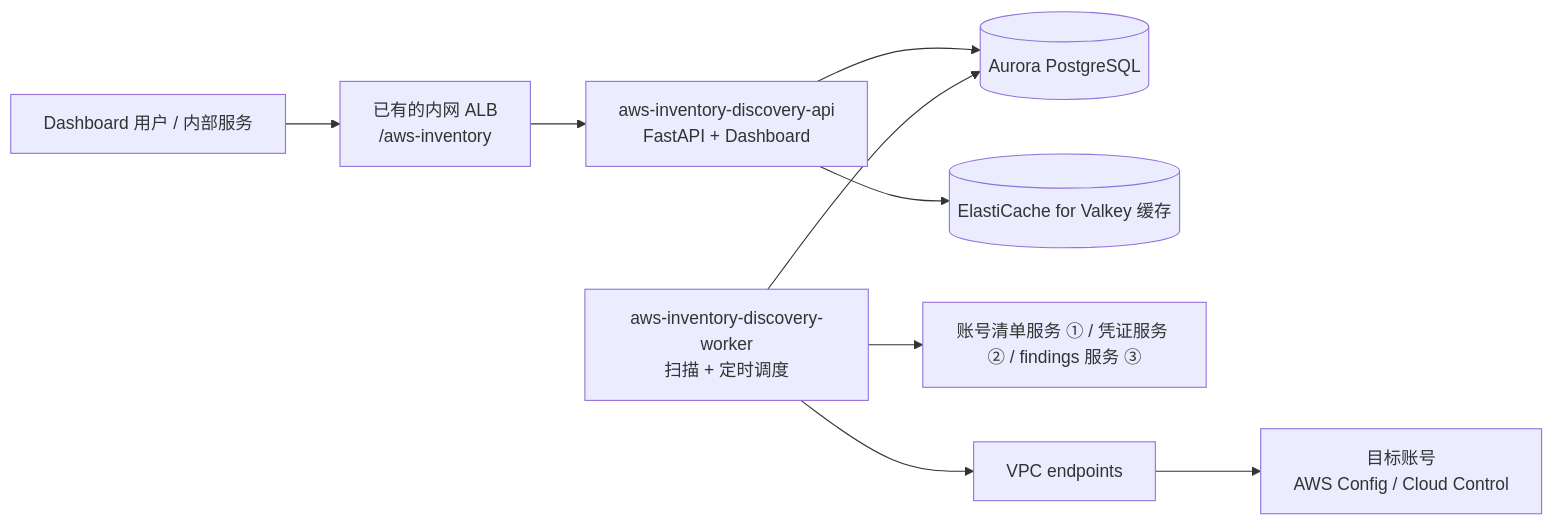
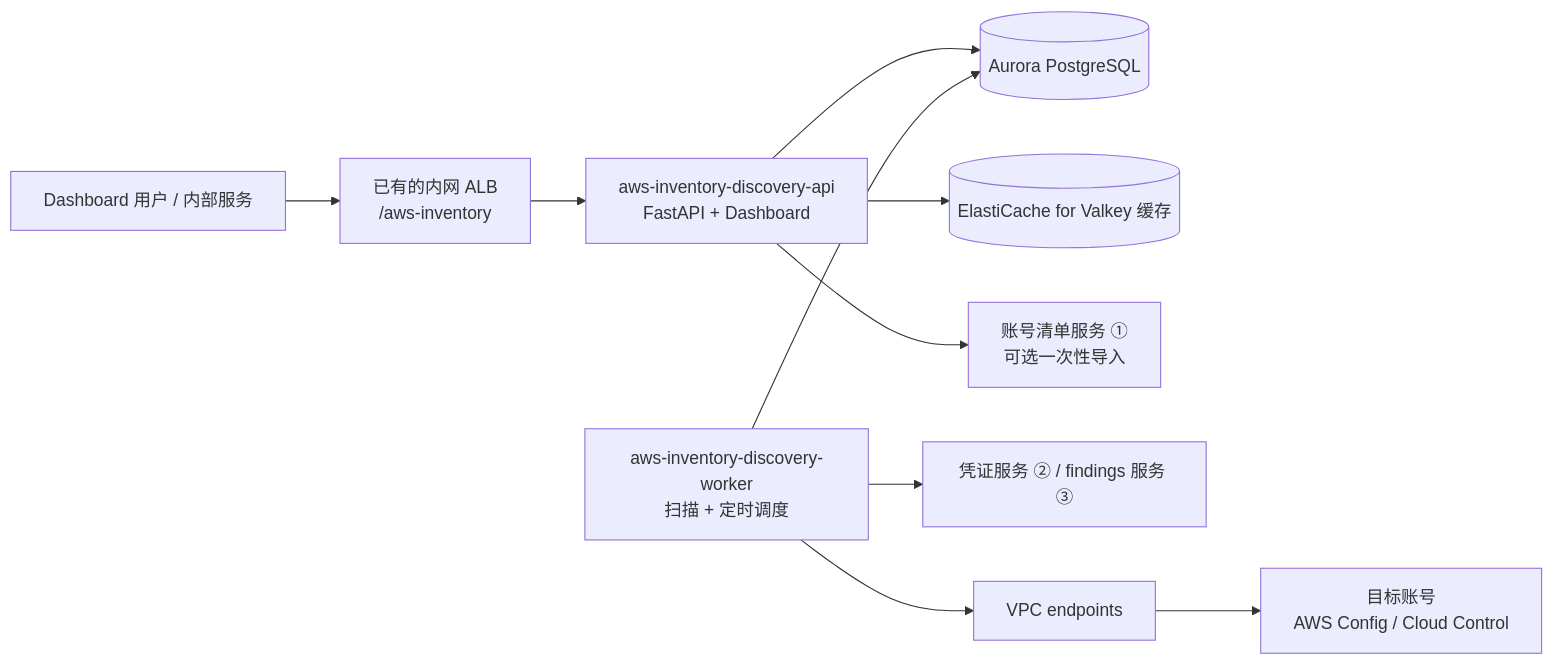
Before and after one commit to ByteChill/aws-inventory-discovery: the diagram in README.md, drawn with Mermaid. The commit also changed other lines of this file and 57 other files, not shown here.

````diff
--- a/README.md
+++ b/README.md
@@ -19,10 +20,11 @@
 ```mermaid
 flowchart LR
   U[Dashboard 用户 / 内部服务] --> ALB[已有的内网 ALB<br/>/aws-inventory]
   ALB --> API[aws-inventory-discovery-api<br/>FastAPI + Dashboard]
   API --> PG[(Aurora PostgreSQL)]
   API --> R[(ElastiCache for Valkey 缓存)]
   W[aws-inventory-discovery-worker<br/>扫描 + 定时调度] --> PG
-  W --> SVC[账号清单服务 ① / 凭证服务 ② / findings 服务 ③]
+  API --> SVC[账号清单服务 ①<br/>可选一次性导入]
+  W --> CRED[凭证服务 ② / findings 服务 ③]
   W --> EP[VPC endpoints] --> T[目标账号<br/>AWS Config / Cloud Control]
 ```
````
